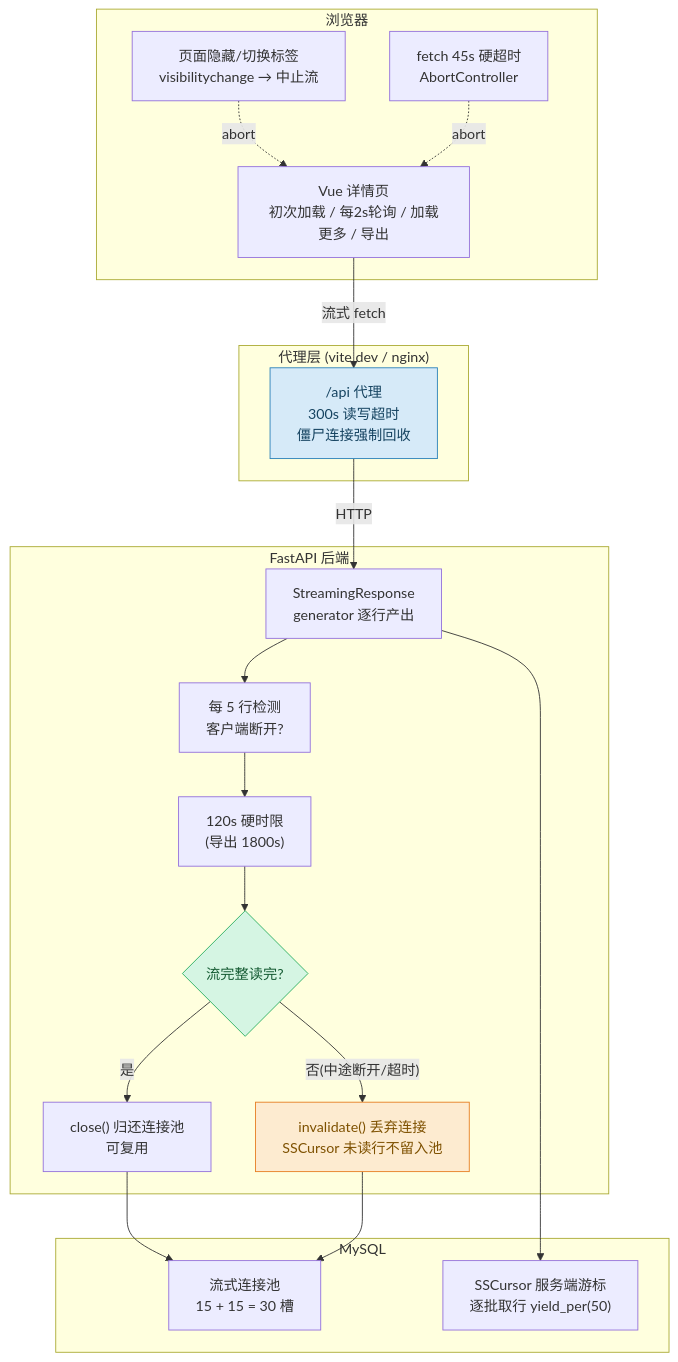
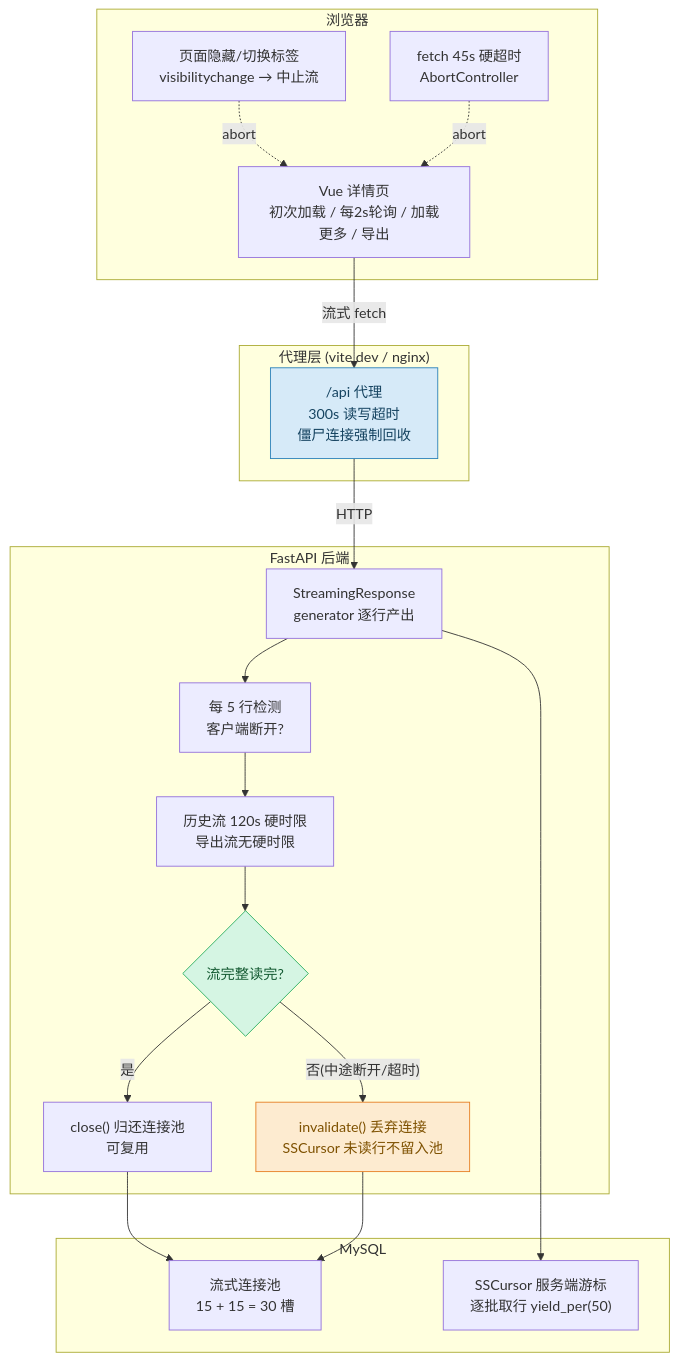
Before and after one commit to HaoCheng-Wang/llm-proxy: diagram 16 of 31 in README.md, drawn with Mermaid. The commit also changed other lines of this file and 9 other files, not shown here.

````diff
--- a/README.md
+++ b/README.md
@@ -1132,39 +1145,39 @@
 ```mermaid
 flowchart TD
     subgraph Browser["浏览器"]
         VUE["Vue 详情页<br/>初次加载 / 每2s轮询 / 加载更多 / 导出"]
         HIDDEN["页面隐藏/切换标签<br/>visibilitychange → 中止流"]
         ABORT["fetch 45s 硬超时<br/>AbortController"]
     end
 
     subgraph Proxy["代理层 (vite dev / nginx)"]
         PROXY["/api 代理<br/>300s 读写超时<br/>僵尸连接强制回收"]
     end
 
     subgraph Backend["FastAPI 后端"]
         STREAM["StreamingResponse<br/>generator 逐行产出"]
         CHECK["每 5 行检测<br/>客户端断开?"]
-        DEADLINE["120s 硬时限<br/>(导出 1800s)"]
+        DEADLINE["历史流 120s 硬时限<br/>导出流无硬时限"]
         INVALIDATE{"流完整读完?"}
         INVALIDATE -->|"是"| CLOSE["close() 归还连接池<br/>可复用"]
         INVALIDATE -->|"否(中途断开/超时)"| DISCARD["invalidate() 丢弃连接<br/>SSCursor 未读行不留入池"]
     end
 
     subgraph DB["MySQL"]
         POOL["流式连接池<br/>15 + 15 = 30 槽"]
         SSC["SSCursor 服务端游标<br/>逐批取行 yield_per(50)"]
     end
 
     VUE -->|"流式 fetch"| PROXY
     PROXY -->|"HTTP"| STREAM
     HIDDEN -.->|"abort"| VUE
     ABORT -.->|"abort"| VUE
     STREAM --> CHECK --> DEADLINE --> INVALIDATE
     STREAM --> SSC
     CLOSE --> POOL
     DISCARD --> POOL
 
     style INVALIDATE fill:#d5f5e3,stroke:#27ae60,color:#145a32
     style DISCARD fill:#fdebd0,stroke:#e67e22,color:#7e5100
     style PROXY fill:#d6eaf8,stroke:#2980b9,color:#154360
 ```
````
